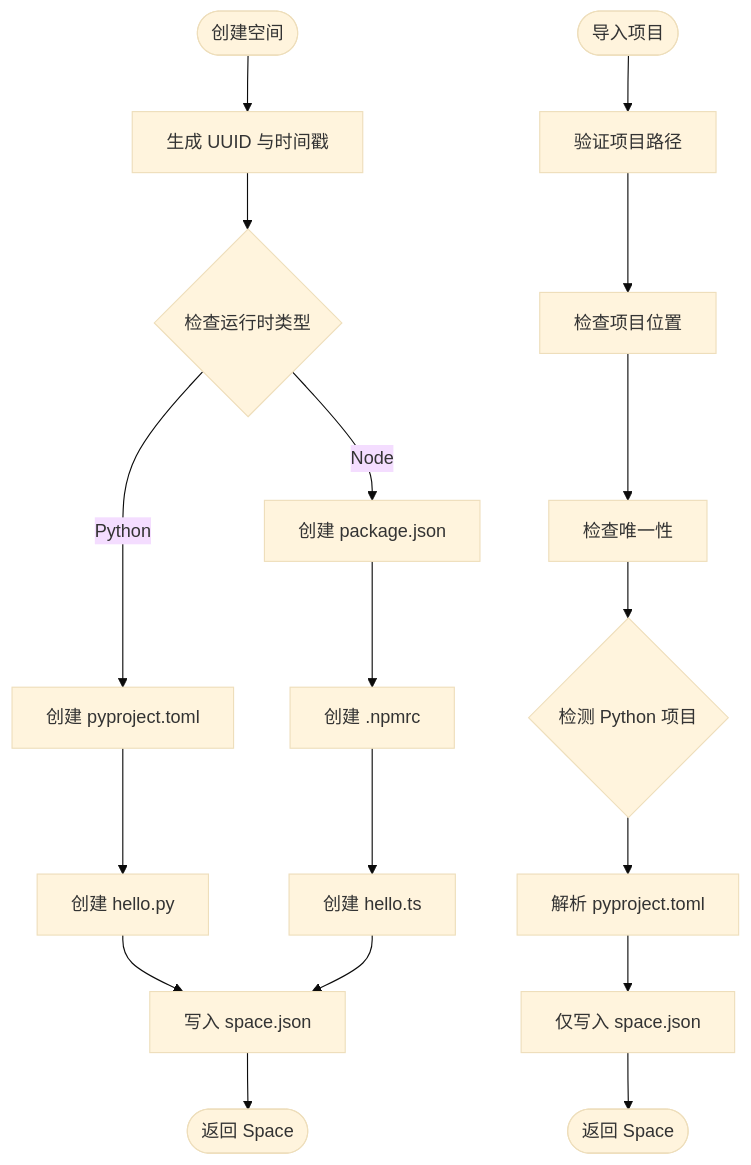
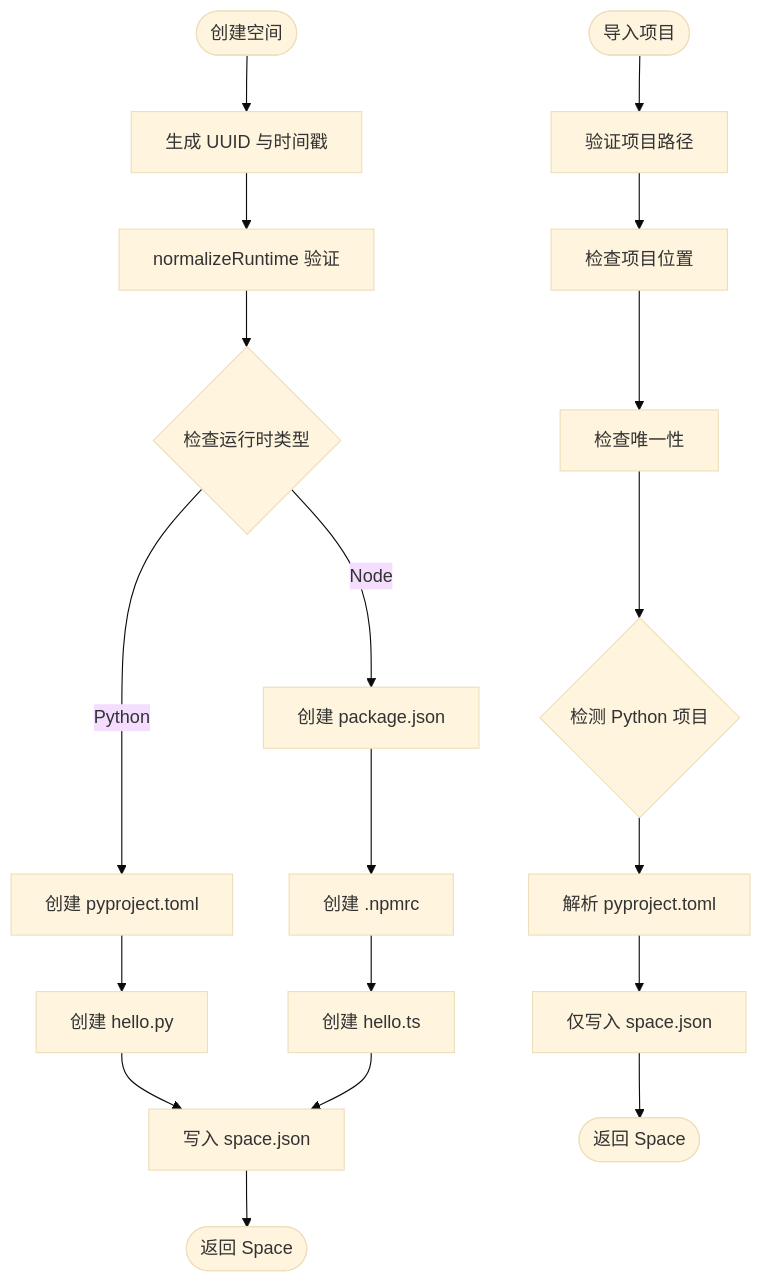
Diagram 14 of 14 in .qoder/repowiki/zh/content/核心服务层/Space 服务（项目空间管理）.md (hozeeee/script-box), drawn with Mermaid (base theme) before and after one commit. The commit also changed other lines of this file and 2 other files, not shown here.

````diff
--- a/.qoder/repowiki/zh/content/核心服务层/Space 服务（项目空间管理）.md
+++ b/.qoder/repowiki/zh/content/核心服务层/Space 服务（项目空间管理）.md
@@ -627,20 +679,21 @@
 ```mermaid
 flowchart TD
 Start(["创建空间"]) --> GenId["生成 UUID 与时间戳"]
-GenId --> CheckRuntime{"检查运行时类型"}
+GenId --> NormalizeRuntime["normalizeRuntime 验证"]
+NormalizeRuntime --> CheckRuntime{"检查运行时类型"}
 CheckRuntime --> |Python| CreatePyproject["创建 pyproject.toml"]
 CheckRuntime --> |Node| CreatePackage["创建 package.json"]
 CreatePyproject --> CreateWelcomePy["创建 hello.py"]
 CreatePackage --> CreateNpmrc["创建 .npmrc"]
 CreateNpmrc --> CreateWelcomeTs["创建 hello.ts"]
 CreateWelcomePy --> WriteMeta["写入 space.json"]
 CreateWelcomeTs --> WriteMeta
 WriteMeta --> End(["返回 Space"])
 ImportStart(["导入项目"]) --> ValidatePath["验证项目路径"]
 ValidatePath --> CheckLocation["检查项目位置"]
 CheckLocation --> CheckUnique["检查唯一性"]
 CheckUnique --> DetectPython{"检测 Python 项目"}
 DetectPython --> ParsePyproject["解析 pyproject.toml"]
 ParsePyproject --> WriteMetaOnly["仅写入 space.json"]
 WriteMetaOnly --> ImportEnd(["返回 Space"])
 ```
````
